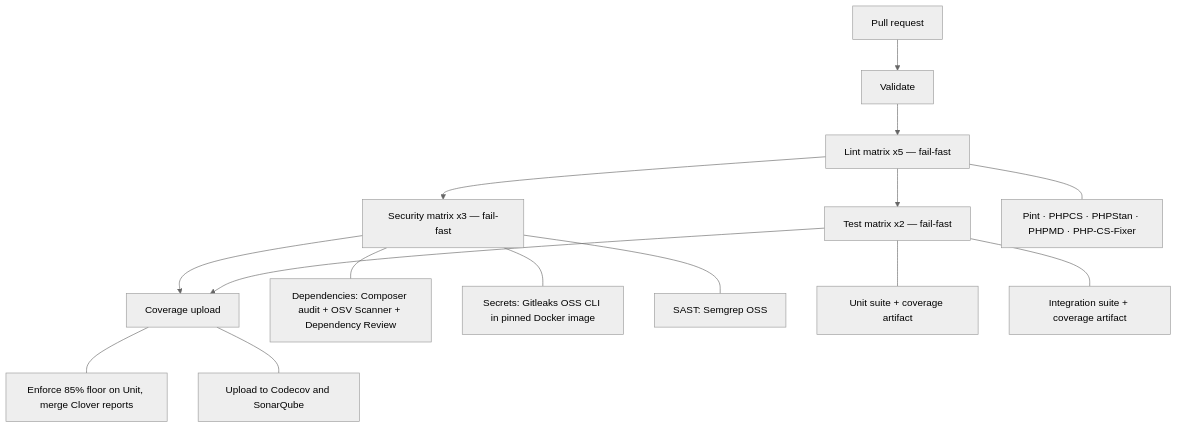
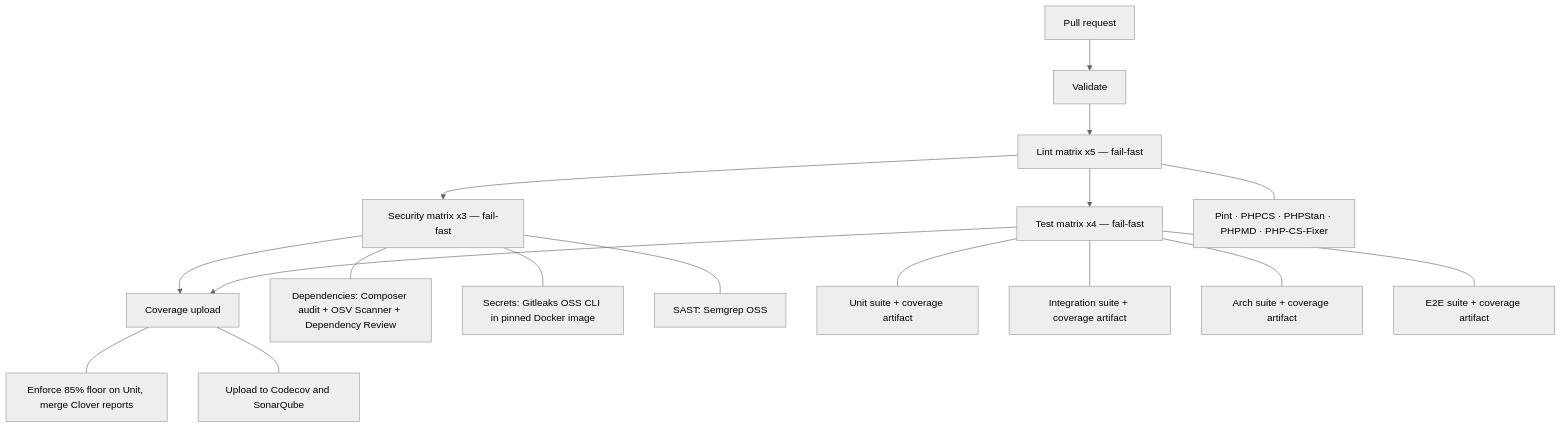
The second of 4 diagrams in WORKFLOWS.md (jooservices/client), drawn with Mermaid (neutral theme) before and after one commit. The commit also changed other lines of this file and 11 other files, not shown here.

````diff
--- a/WORKFLOWS.md
+++ b/WORKFLOWS.md
@@ -51,18 +51,20 @@
 ```mermaid
 flowchart TD
     PR[Pull request] --> V[Validate]
     V --> L[Lint matrix x5 — fail-fast]
     L --> S[Security matrix x3 — fail-fast]
-    L --> T[Test matrix x2 — fail-fast]
+    L --> T[Test matrix x4 — fail-fast]
     S --> C[Coverage upload]
     T --> C
 
     L --- L1[Pint · PHPCS · PHPStan · PHPMD · PHP-CS-Fixer]
     S --- S1[Dependencies: Composer audit + OSV Scanner + Dependency Review]
     S --- S2[Secrets: Gitleaks OSS CLI in pinned Docker image]
     S --- S3[SAST: Semgrep OSS]
     T --- T1[Unit suite + coverage artifact]
     T --- T2[Integration suite + coverage artifact]
+    T --- T3[Arch suite + coverage artifact]
+    T --- T4[E2E suite + coverage artifact]
     C --- C1[Enforce 85% floor on Unit, merge Clover reports]
     C --- C2[Upload to Codecov and SonarQube]
 ```
````
